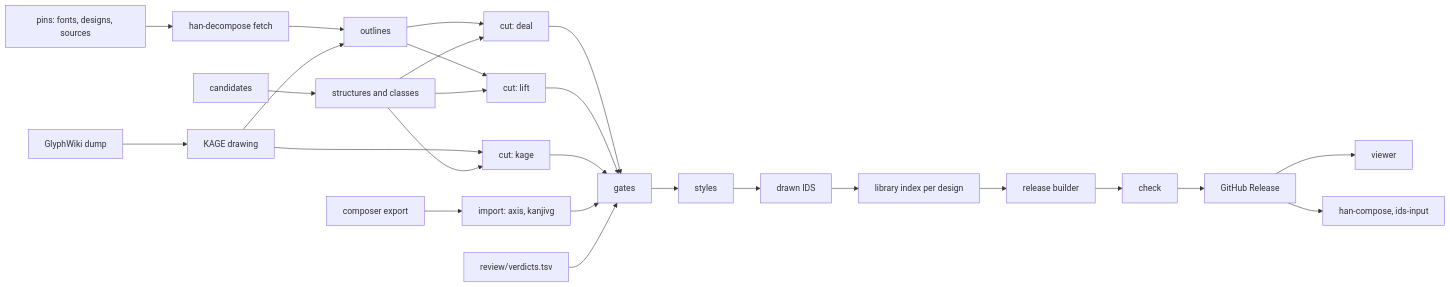
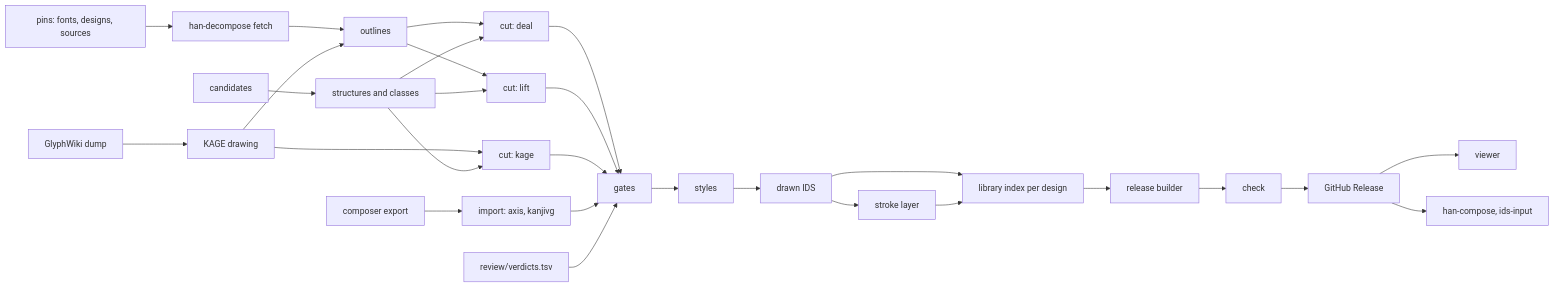
The diagram in docs/design.md (mkpoli/han-decompose), drawn with Mermaid before and after one commit. The commit also changed other lines of this file, not shown here.

Commit message:
docs: add the stroke layer below components

````diff
--- a/docs/design.md
+++ b/docs/design.md
@@ -463,28 +491,30 @@
 ```mermaid
 flowchart LR
   pins["pins: fonts, designs, sources"] --> fetch["han-decompose fetch"]
   corpus["candidates"] --> structures["structures and classes"]
   fetch --> outlines["outlines"]
   glyphwiki["GlyphWiki dump"] --> render["KAGE drawing"]
   render --> outlines
   render --> kage["cut: kage"]
   outlines --> deal["cut: deal"]
   outlines --> lift["cut: lift"]
   structures --> deal
   structures --> lift
   structures --> kage
   export["composer export"] --> imp["import: axis, kanjivg"]
   deal --> gate["gates"]
   lift --> gate
   kage --> gate
   imp --> gate
   verdicts["review/verdicts.tsv"] --> gate
   gate --> styles["styles"]
   styles --> drawn["drawn IDS"]
   drawn --> index["library index per design"]
   index --> out["release builder"]
   out --> check["check"]
   check --> release["GitHub Release"]
+  drawn --> strokes["stroke layer"]
+  strokes --> index
   release --> site["viewer"]
   release --> consumers["han-compose, ids-input"]
 ```
````
